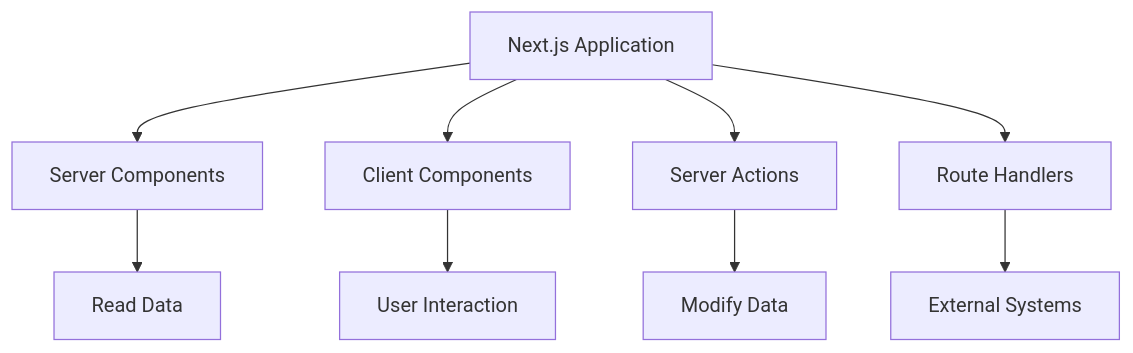
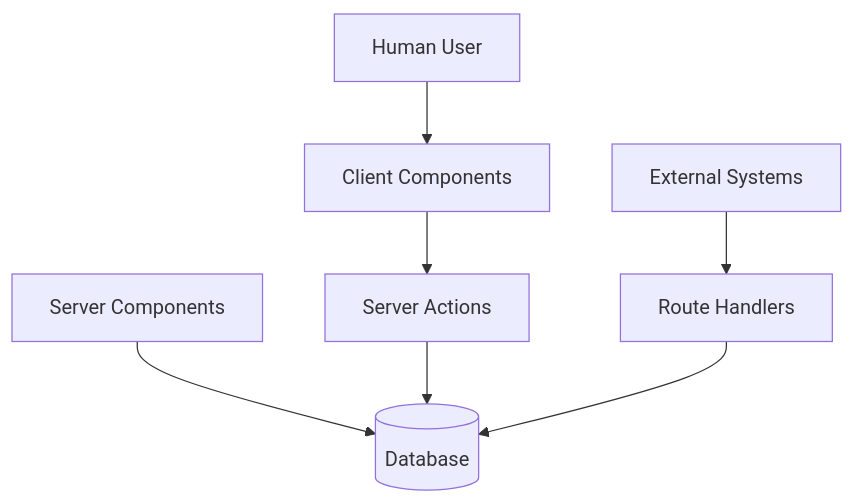
Before and after one commit to seanwhs/Tutorials: the diagram in NextJS/Next-JS-Tutorial/NextJS-16-for-Absolute-Beginners/Part1-Execution-Environments.md, drawn with Mermaid. The commit also changed other lines of this file, not shown here.

````diff
--- a/NextJS/Next-JS-Tutorial/NextJS-16-for-Absolute-Beginners/Part1-Execution-Environments.md
+++ b/NextJS/Next-JS-Tutorial/NextJS-16-for-Absolute-Beginners/Part1-Execution-Environments.md
@@ -380,15 +286,26 @@
 ```mermaid
 graph TD
 
-    APP[Next.js Application]
+    USER[Human User]
 
-    APP --> SC[Server Components]
-    APP --> CC[Client Components]
-    APP --> SA[Server Actions]
-    APP --> RH[Route Handlers]
+    MACHINE[External Systems]
 
-    SC --> READ[Read Data]
-    CC --> INTERACT[User Interaction]
-    SA --> MUTATE[Modify Data]
-    RH --> COMMUNICATE[External Systems]
+    CC[Client Components]
+    SC[Server Components]
+    SA[Server Actions]
+    RH[Route Handlers]
+
+    DB[(Database)]
+
+    USER --> CC
+
+    CC --> SA
+
+    SC --> DB
+
+    SA --> DB
+
+    MACHINE --> RH
+
+    RH --> DB
 ```
````
